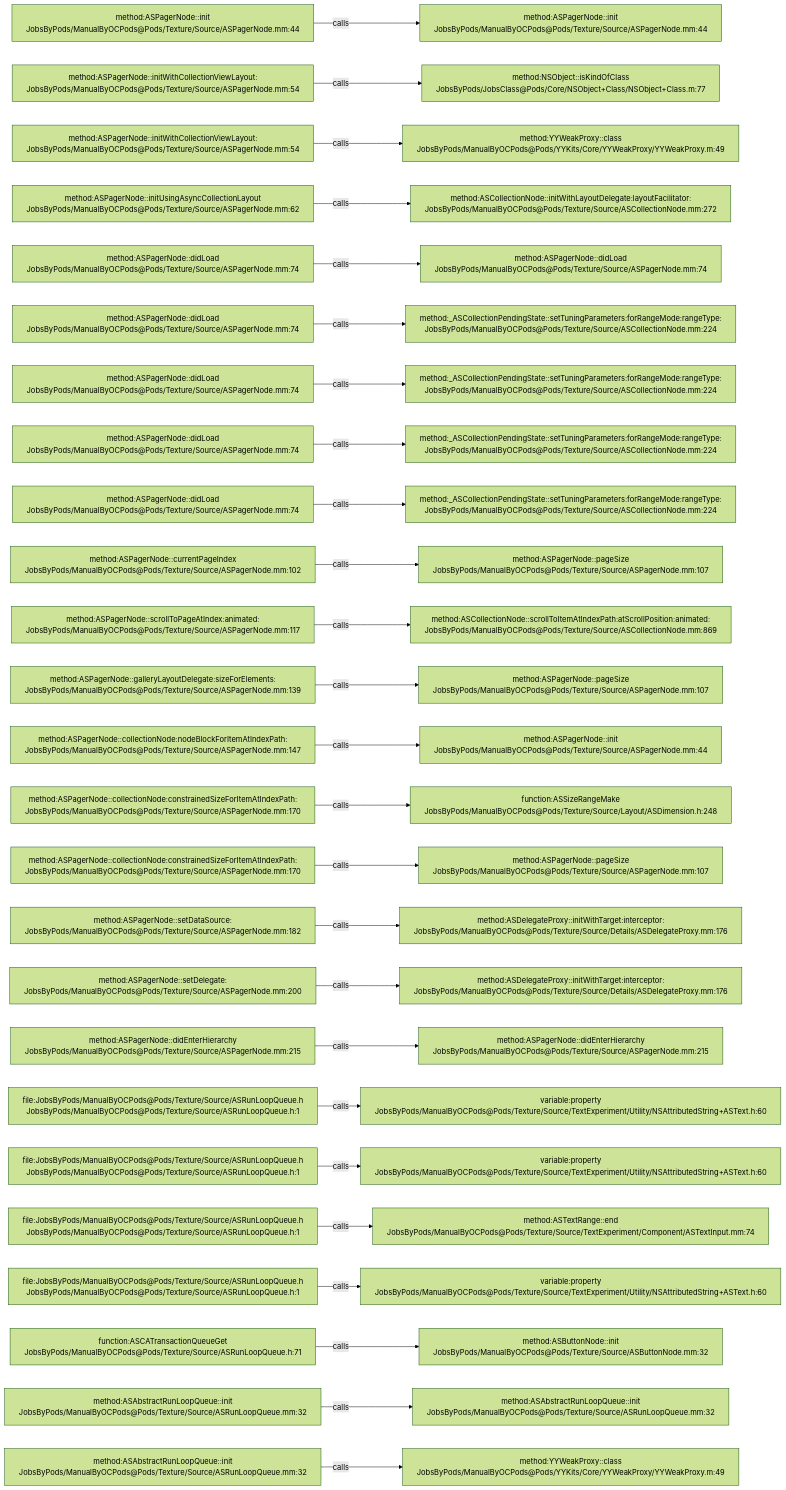
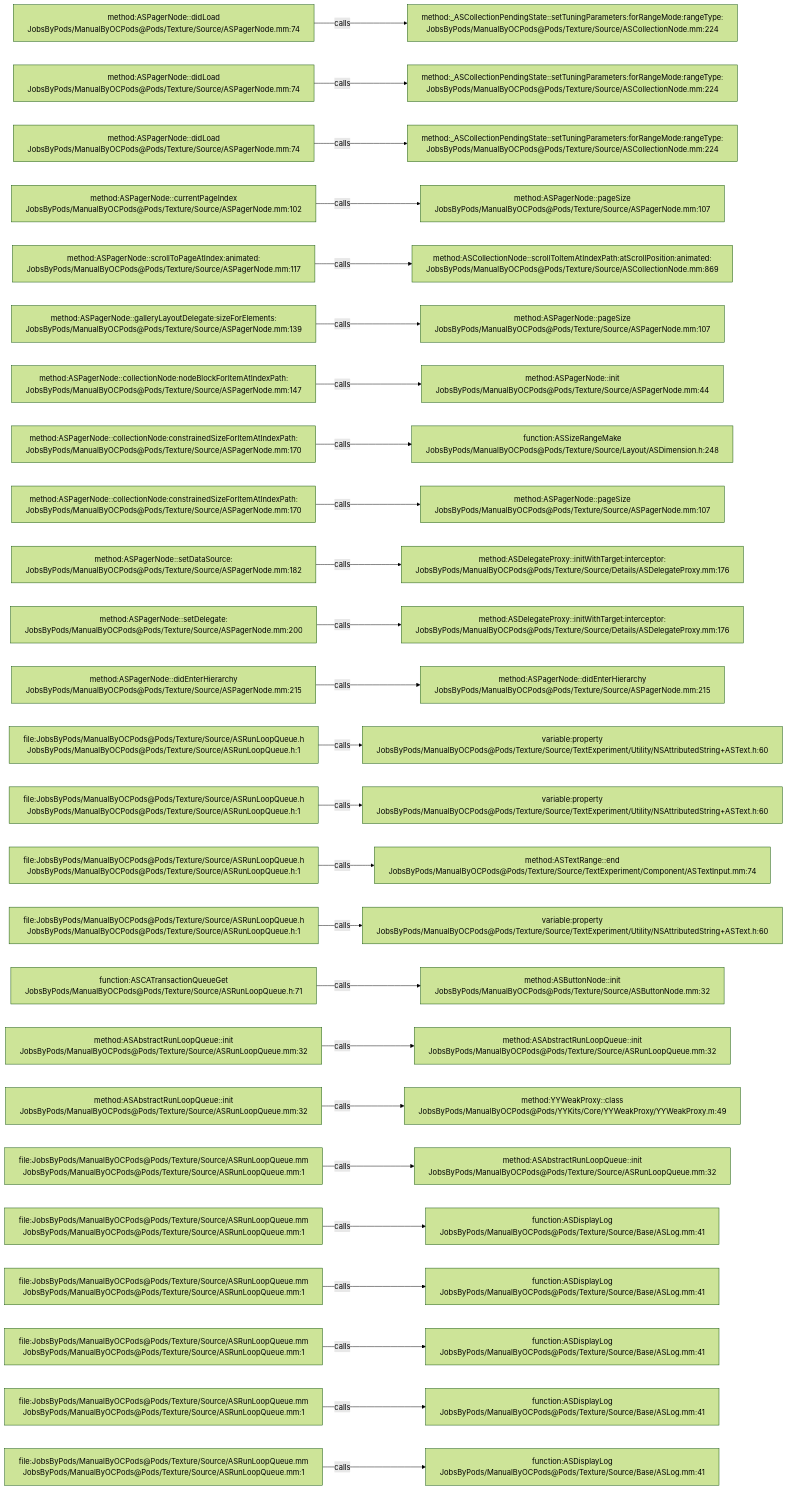
One commit to JobsKits/JobsOCBaseConfigDemo changed the diagram in .codegraph/codegraph.md/graphs/calls-112.md. Above: the diagram before and after it, drawn with Mermaid (forest theme). The commit also changed 666 other files, not shown here.

````diff
--- a/.codegraph/codegraph.md/graphs/calls-112.md
+++ b/.codegraph/codegraph.md/graphs/calls-112.md
@@ -13,78 +13,78 @@
 ```mermaid
 flowchart LR
-  S1["method:ASPagerNode::init<br/>JobsByPods/ManualByOCPods@Pods/Texture/Source/ASPagerNode.mm:44"]
-  T1["method:ASPagerNode::init<br/>JobsByPods/ManualByOCPods@Pods/Texture/Source/ASPagerNode.mm:44"]
+  S1["method:ASPagerNode::didLoad<br/>JobsByPods/ManualByOCPods@Pods/Texture/Source/ASPagerNode.mm:74"]
+  T1["method:_ASCollectionPendingState::setTuningParameters:forRangeMode:rangeType:<br/>JobsByPods/ManualByOCPods@Pods/Texture/Source/ASCollectionNode.mm:224"]
   S1 -->|calls| T1
-  S2["method:ASPagerNode::initWithCollectionViewLayout:<br/>JobsByPods/ManualByOCPods@Pods/Texture/Source/ASPagerNode.mm:54"]
-  T2["method:NSObject::isKindOfClass<br/>JobsByPods/JobsClass@Pods/Core/NSObject+Class/NSObject+Class.m:77"]
+  S2["method:ASPagerNode::didLoad<br/>JobsByPods/ManualByOCPods@Pods/Texture/Source/ASPagerNode.mm:74"]
+  T2["method:_ASCollectionPendingState::setTuningParameters:forRangeMode:rangeType:<br/>JobsByPods/ManualByOCPods@Pods/Texture/Source/ASCollectionNode.mm:224"]
   S2 -->|calls| T2
-  S3["method:ASPagerNode::initWithCollectionViewLayout:<br/>JobsByPods/ManualByOCPods@Pods/Texture/Source/ASPagerNode.mm:54"]
-  T3["method:YYWeakProxy::class<br/>JobsByPods/ManualByOCPods@Pods/YYKits/Core/YYWeakProxy/YYWeakProxy.m:49"]
+  S3["method:ASPagerNode::didLoad<br/>JobsByPods/ManualByOCPods@Pods/Texture/Source/ASPagerNode.mm:74"]
+  T3["method:_ASCollectionPendingState::setTuningParameters:forRangeMode:rangeType:<br/>JobsByPods/ManualByOCPods@Pods/Texture/Source/ASCollectionNode.mm:224"]
   S3 -->|calls| T3
-  S4["method:ASPagerNode::initUsingAsyncCollectionLayout<br/>JobsByPods/ManualByOCPods@Pods/Texture/Source/ASPagerNode.mm:62"]
-  T4["method:ASCollectionNode::initWithLayoutDelegate:layoutFacilitator:<br/>JobsByPods/ManualByOCPods@Pods/Texture/Source/ASCollectionNode.mm:272"]
+  S4["method:ASPagerNode::currentPageIndex<br/>JobsByPods/ManualByOCPods@Pods/Texture/Source/ASPagerNode.mm:102"]
+  T4["method:ASPagerNode::pageSize<br/>JobsByPods/ManualByOCPods@Pods/Texture/Source/ASPagerNode.mm:107"]
   S4 -->|calls| T4
-  S5["method:ASPagerNode::didLoad<br/>JobsByPods/ManualByOCPods@Pods/Texture/Source/ASPagerNode.mm:74"]
-  T5["method:ASPagerNode::didLoad<br/>JobsByPods/ManualByOCPods@Pods/Texture/Source/ASPagerNode.mm:74"]
+  S5["method:ASPagerNode::scrollToPageAtIndex:animated:<br/>JobsByPods/ManualByOCPods@Pods/Texture/Source/ASPagerNode.mm:117"]
+  T5["method:ASCollectionNode::scrollToItemAtIndexPath:atScrollPosition:animated:<br/>JobsByPods/ManualByOCPods@Pods/Texture/Source/ASCollectionNode.mm:869"]
   S5 -->|calls| T5
-  S6["method:ASPagerNode::didLoad<br/>JobsByPods/ManualByOCPods@Pods/Texture/Source/ASPagerNode.mm:74"]
-  T6["method:_ASCollectionPendingState::setTuningParameters:forRangeMode:rangeType:<br/>JobsByPods/ManualByOCPods@Pods/Texture/Source/ASCollectionNode.mm:224"]
+  S6["method:ASPagerNode::galleryLayoutDelegate:sizeForElements:<br/>JobsByPods/ManualByOCPods@Pods/Texture/Source/ASPagerNode.mm:139"]
+  T6["method:ASPagerNode::pageSize<br/>JobsByPods/ManualByOCPods@Pods/Texture/Source/ASPagerNode.mm:107"]
   S6 -->|calls| T6
-  S7["method:ASPagerNode::didLoad<br/>JobsByPods/ManualByOCPods@Pods/Texture/Source/ASPagerNode.mm:74"]
-  T7["method:_ASCollectionPendingState::setTuningParameters:forRangeMode:rangeType:<br/>JobsByPods/ManualByOCPods@Pods/Texture/Source/ASCollectionNode.mm:224"]
+  S7["method:ASPagerNode::collectionNode:nodeBlockForItemAtIndexPath:<br/>JobsByPods/ManualByOCPods@Pods/Texture/Source/ASPagerNode.mm:147"]
+  T7["method:ASPagerNode::init<br/>JobsByPods/ManualByOCPods@Pods/Texture/Source/ASPagerNode.mm:44"]
   S7 -->|calls| T7
-  S8["method:ASPagerNode::didLoad<br/>JobsByPods/ManualByOCPods@Pods/Texture/Source/ASPagerNode.mm:74"]
-  T8["method:_ASCollectionPendingState::setTuningParameters:forRangeMode:rangeType:<br/>JobsByPods/ManualByOCPods@Pods/Texture/Source/ASCollectionNode.mm:224"]
+  S8["method:ASPagerNode::collectionNode:constrainedSizeForItemAtIndexPath:<br/>JobsByPods/ManualByOCPods@Pods/Texture/Source/ASPagerNode.mm:170"]
+  T8["function:ASSizeRangeMake<br/>JobsByPods/ManualByOCPods@Pods/Texture/Source/Layout/ASDimension.h:248"]
   S8 -->|calls| T8
-  S9["method:ASPagerNode::didLoad<br/>JobsByPods/ManualByOCPods@Pods/Texture/Source/ASPagerNode.mm:74"]
-  T9["method:_ASCollectionPendingState::setTuningParameters:forRangeMode:rangeType:<br/>JobsByPods/ManualByOCPods@Pods/Texture/Source/ASCollectionNode.mm:224"]
+  S9["method:ASPagerNode::collectionNode:constrainedSizeForItemAtIndexPath:<br/>JobsByPods/ManualByOCPods@Pods/Texture/Source/ASPagerNode.mm:170"]
+  T9["method:ASPagerNode::pageSize<br/>JobsByPods/ManualByOCPods@Pods/Texture/Source/ASPagerNode.mm:107"]
   S9 -->|calls| T9
-  S10["method:ASPagerNode::currentPageIndex<br/>JobsByPods/ManualByOCPods@Pods/Texture/Source/ASPagerNode.mm:102"]
-  T10["method:ASPagerNode::pageSize<br/>JobsByPods/ManualByOCPods@Pods/Texture/Source/ASPagerNode.mm:107"]
+  S10["method:ASPagerNode::setDataSource:<br/>JobsByPods/ManualByOCPods@Pods/Texture/Source/ASPagerNode.mm:182"]
+  T10["method:ASDelegateProxy::initWithTarget:interceptor:<br/>JobsByPods/ManualByOCPods@Pods/Texture/Source/Details/ASDelegateProxy.mm:176"]
   S10 -->|calls| T10
-  S11["method:ASPagerNode::scrollToPageAtIndex:animated:<br/>JobsByPods/ManualByOCPods@Pods/Texture/Source/ASPagerNode.mm:117"]
-  T11["method:ASCollectionNode::scrollToItemAtIndexPath:atScrollPosition:animated:<br/>JobsByPods/ManualByOCPods@Pods/Texture/Source/ASCollectionNode.mm:869"]
+  S11["method:ASPagerNode::setDelegate:<br/>JobsByPods/ManualByOCPods@Pods/Texture/Source/ASPagerNode.mm:200"]
+  T11["method:ASDelegateProxy::initWithTarget:interceptor:<br/>JobsByPods/ManualByOCPods@Pods/Texture/Source/Details/ASDelegateProxy.mm:176"]
   S11 -->|calls| T11
-  S12["method:ASPagerNode::galleryLayoutDelegate:sizeForElements:<br/>JobsByPods/ManualByOCPods@Pods/Texture/Source/ASPagerNode.mm:139"]
-  T12["method:ASPagerNode::pageSize<br/>JobsByPods/ManualByOCPods@Pods/Texture/Source/ASPagerNode.mm:107"]
+  S12["method:ASPagerNode::didEnterHierarchy<br/>JobsByPods/ManualByOCPods@Pods/Texture/Source/ASPagerNode.mm:215"]
+  T12["method:ASPagerNode::didEnterHierarchy<br/>JobsByPods/ManualByOCPods@Pods/Texture/Source/ASPagerNode.mm:215"]
   S12 -->|calls| T12
-  S13["method:ASPagerNode::collectionNode:nodeBlockForItemAtIndexPath:<br/>JobsByPods/ManualByOCPods@Pods/Texture/Source/ASPagerNode.mm:147"]
-  T13["method:ASPagerNode::init<br/>JobsByPods/ManualByOCPods@Pods/Texture/Source/ASPagerNode.mm:44"]
+  S13["file:JobsByPods/ManualByOCPods@Pods/Texture/Source/ASRunLoopQueue.h<br/>JobsByPods/ManualByOCPods@Pods/Texture/Source/ASRunLoopQueue.h:1"]
+  T13["variable:property<br/>JobsByPods/ManualByOCPods@Pods/Texture/Source/TextExperiment/Utility/NSAttributedString+ASText.h:60"]
   S13 -->|calls| T13
-  S14["method:ASPagerNode::collectionNode:constrainedSizeForItemAtIndexPath:<br/>JobsByPods/ManualByOCPods@Pods/Texture/Source/ASPagerNode.mm:170"]
-  T14["function:ASSizeRangeMake<br/>JobsByPods/ManualByOCPods@Pods/Texture/Source/Layout/ASDimension.h:248"]
+  S14["file:JobsByPods/ManualByOCPods@Pods/Texture/Source/ASRunLoopQueue.h<br/>JobsByPods/ManualByOCPods@Pods/Texture/Source/ASRunLoopQueue.h:1"]
+  T14["variable:property<br/>JobsByPods/ManualByOCPods@Pods/Texture/Source/TextExperiment/Utility/NSAttributedString+ASText.h:60"]
   S14 -->|calls| T14
-  S15["method:ASPagerNode::collectionNode:constrainedSizeForItemAtIndexPath:<br/>JobsByPods/ManualByOCPods@Pods/Texture/Source/ASPagerNode.mm:170"]
-  T15["method:ASPagerNode::pageSize<br/>JobsByPods/ManualByOCPods@Pods/Texture/Source/ASPagerNode.mm:107"]
+  S15["file:JobsByPods/ManualByOCPods@Pods/Texture/Source/ASRunLoopQueue.h<br/>JobsByPods/ManualByOCPods@Pods/Texture/Source/ASRunLoopQueue.h:1"]
+  T15["method:ASTextRange::end<br/>JobsByPods/ManualByOCPods@Pods/Texture/Source/TextExperiment/Component/ASTextInput.mm:74"]
   S15 -->|calls| T15
-  S16["method:ASPagerNode::setDataSource:<br/>JobsByPods/ManualByOCPods@Pods/Texture/Source/ASPagerNode.mm:182"]
-  T16["method:ASDelegateProxy::initWithTarget:interceptor:<br/>JobsByPods/ManualByOCPods@Pods/Texture/Source/Details/ASDelegateProxy.mm:176"]
+  S16["file:JobsByPods/ManualByOCPods@Pods/Texture/Source/ASRunLoopQueue.h<br/>JobsByPods/ManualByOCPods@Pods/Texture/Source/ASRunLoopQueue.h:1"]
+  T16["variable:property<br/>JobsByPods/ManualByOCPods@Pods/Texture/Source/TextExperiment/Utility/NSAttributedString+ASText.h:60"]
   S16 -->|calls| T16
-  S17["method:ASPagerNode::setDelegate:<br/>JobsByPods/ManualByOCPods@Pods/Texture/Source/ASPagerNode.mm:200"]
-  T17["method:ASDelegateProxy::initWithTarget:interceptor:<br/>JobsByPods/ManualByOCPods@Pods/Texture/Source/Details/ASDelegateProxy.mm:176"]
+  S17["function:ASCATransactionQueueGet<br/>JobsByPods/ManualByOCPods@Pods/Texture/Source/ASRunLoopQueue.h:71"]
+  T17["method:ASButtonNode::init<br/>JobsByPods/ManualByOCPods@Pods/Texture/Source/ASButtonNode.mm:32"]
   S17 -->|calls| T17
-  S18["method:ASPagerNode::didEnterHierarchy<br/>JobsByPods/ManualByOCPods@Pods/Texture/Source/ASPagerNode.mm:215"]
-  T18["method:ASPagerNode::didEnterHierarchy<br/>JobsByPods/ManualByOCPods@Pods/Texture/Source/ASPagerNode.mm:215"]
+  S18["method:ASAbstractRunLoopQueue::init<br/>JobsByPods/ManualByOCPods@Pods/Texture/Source/ASRunLoopQueue.mm:32"]
+  T18["method:ASAbstractRunLoopQueue::init<br/>JobsByPods/ManualByOCPods@Pods/Texture/Source/ASRunLoopQueue.mm:32"]
   S18 -->|calls| T18
-  S19["file:JobsByPods/ManualByOCPods@Pods/Texture/Source/ASRunLoopQueue.h<br/>JobsByPods/ManualByOCPods@Pods/Texture/Source/ASRunLoopQueue.h:1"]
-  T19["variable:property<br/>JobsByPods/ManualByOCPods@Pods/Texture/Source/TextExperiment/Utility/NSAttributedString+ASText.h:60"]
+  S19["method:ASAbstractRunLoopQueue::init<br/>JobsByPods/ManualByOCPods@Pods/Texture/Source/ASRunLoopQueue.mm:32"]
+  T19["method:YYWeakProxy::class<br/>JobsByPods/ManualByOCPods@Pods/YYKits/Core/YYWeakProxy/YYWeakProxy.m:49"]
   S19 -->|calls| T19
-  S20["file:JobsByPods/ManualByOCPods@Pods/Texture/Source/ASRunLoopQueue.h<br/>JobsByPods/ManualByOCPods@Pods/Texture/Source/ASRunLoopQueue.h:1"]
-  T20["variable:property<br/>JobsByPods/ManualByOCPods@Pods/Texture/Source/TextExperiment/Utility/NSAttributedString+ASText.h:60"]
+  S20["file:JobsByPods/ManualByOCPods@Pods/Texture/Source/ASRunLoopQueue.mm<br/>JobsByPods/ManualByOCPods@Pods/Texture/Source/ASRunLoopQueue.mm:1"]
+  T20["method:ASAbstractRunLoopQueue::init<br/>JobsByPods/ManualByOCPods@Pods/Texture/Source/ASRunLoopQueue.mm:32"]
   S20 -->|calls| T20
-  S21["file:JobsByPods/ManualByOCPods@Pods/Texture/Source/ASRunLoopQueue.h<br/>JobsByPods/ManualByOCPods@Pods/Texture/Source/ASRunLoopQueue.h:1"]
-  T21["method:ASTextRange::end<br/>JobsByPods/ManualByOCPods@Pods/Texture/Source/TextExperiment/Component/ASTextInput.mm:74"]
+  S21["file:JobsByPods/ManualByOCPods@Pods/Texture/Source/ASRunLoopQueue.mm<br/>JobsByPods/ManualByOCPods@Pods/Texture/Source/ASRunLoopQueue.mm:1"]
+  T21["function:ASDisplayLog<br/>JobsByPods/ManualByOCPods@Pods/Texture/Source/Base/ASLog.mm:41"]
   S21 -->|calls| T21
-  S22["file:JobsByPods/ManualByOCPods@Pods/Texture/Source/ASRunLoopQueue.h<br/>JobsByPods/ManualByOCPods@Pods/Texture/Source/ASRunLoopQueue.h:1"]
-  T22["variable:property<br/>JobsByPods/ManualByOCPods@Pods/Texture/Source/TextExperiment/Utility/NSAttributedString+ASText.h:60"]
+  S22["file:JobsByPods/ManualByOCPods@Pods/Texture/Source/ASRunLoopQueue.mm<br/>JobsByPods/ManualByOCPods@Pods/Texture/Source/ASRunLoopQueue.mm:1"]
+  T22["function:ASDisplayLog<br/>JobsByPods/ManualByOCPods@Pods/Texture/Source/Base/ASLog.mm:41"]
   S22 -->|calls| T22
-  S23["function:ASCATransactionQueueGet<br/>JobsByPods/ManualByOCPods@Pods/Texture/Source/ASRunLoopQueue.h:71"]
-  T23["method:ASButtonNode::init<br/>JobsByPods/ManualByOCPods@Pods/Texture/Source/ASButtonNode.mm:32"]
+  S23["file:JobsByPods/ManualByOCPods@Pods/Texture/Source/ASRunLoopQueue.mm<br/>JobsByPods/ManualByOCPods@Pods/Texture/Source/ASRunLoopQueue.mm:1"]
+  T23["function:ASDisplayLog<br/>JobsByPods/ManualByOCPods@Pods/Texture/Source/Base/ASLog.mm:41"]
   S23 -->|calls| T23
-  S24["method:ASAbstractRunLoopQueue::init<br/>JobsByPods/ManualByOCPods@Pods/Texture/Source/ASRunLoopQueue.mm:32"]
-  T24["method:ASAbstractRunLoopQueue::init<br/>JobsByPods/ManualByOCPods@Pods/Texture/Source/ASRunLoopQueue.mm:32"]
+  S24["file:JobsByPods/ManualByOCPods@Pods/Texture/Source/ASRunLoopQueue.mm<br/>JobsByPods/ManualByOCPods@Pods/Texture/Source/ASRunLoopQueue.mm:1"]
+  T24["function:ASDisplayLog<br/>JobsByPods/ManualByOCPods@Pods/Texture/Source/Base/ASLog.mm:41"]
   S24 -->|calls| T24
-  S25["method:ASAbstractRunLoopQueue::init<br/>JobsByPods/ManualByOCPods@Pods/Texture/Source/ASRunLoopQueue.mm:32"]
-  T25["method:YYWeakProxy::class<br/>JobsByPods/ManualByOCPods@Pods/YYKits/Core/YYWeakProxy/YYWeakProxy.m:49"]
+  S25["file:JobsByPods/ManualByOCPods@Pods/Texture/Source/ASRunLoopQueue.mm<br/>JobsByPods/ManualByOCPods@Pods/Texture/Source/ASRunLoopQueue.mm:1"]
+  T25["function:ASDisplayLog<br/>JobsByPods/ManualByOCPods@Pods/Texture/Source/Base/ASLog.mm:41"]
   S25 -->|calls| T25
 ```
````
